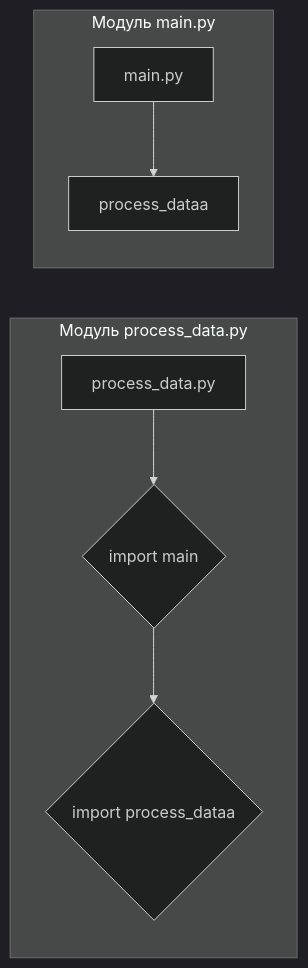
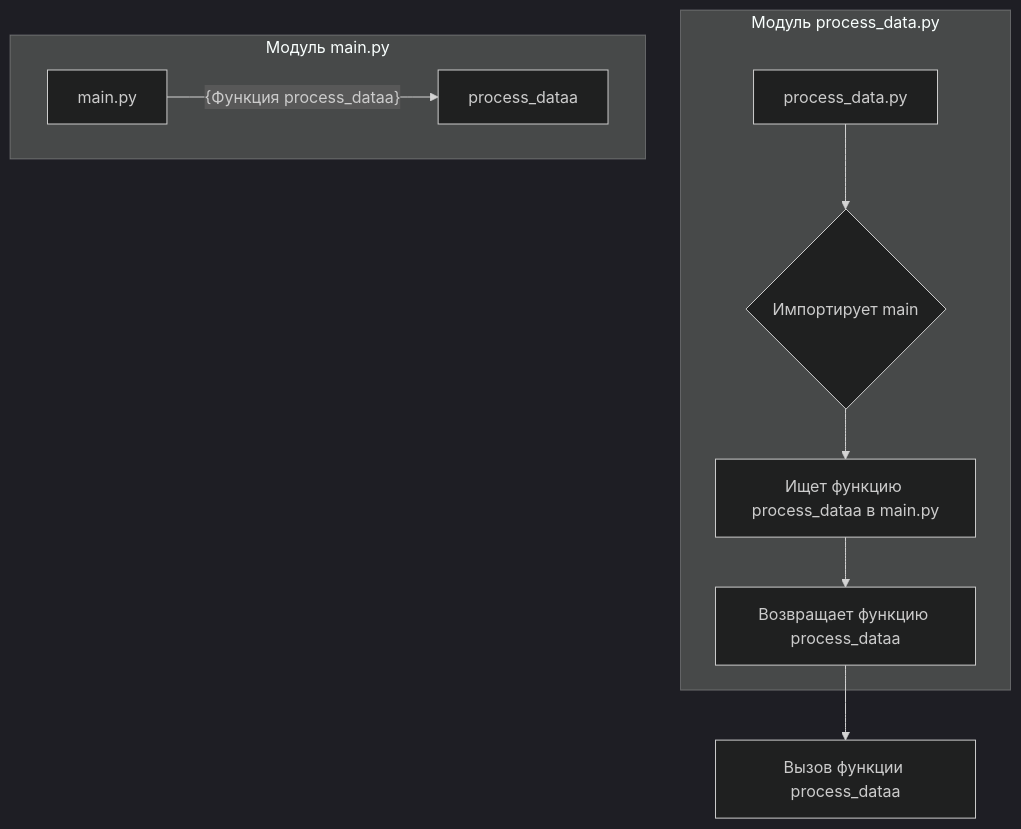
Before and after one commit to hypo69/hypo: the second of 2 diagrams in docs/gemini/ru/explainer/src/fast_api/html/process_data.md, drawn with Mermaid (dark theme). The commit also changed other lines of this file and 468 other files, not shown here.

````diff
--- a/docs/gemini/ru/explainer/src/fast_api/html/process_data.md
+++ b/docs/gemini/ru/explainer/src/fast_api/html/process_data.md
@@ -69,10 +63,14 @@
 ```mermaid
-graph LR
-    subgraph "Модуль process_data.py"
-        A[process_data.py] --> B{import main};
-        B --> C{import process_dataa};
+graph TD
+    subgraph Модуль process_data.py
+        A[process_data.py] --> B{Импортирует main};
+        B --> C[Ищет функцию process_dataa в main.py];
+        C --> D[Возвращает функцию process_dataa];
     end
-    subgraph "Модуль main.py"
-        D[main.py] --> E[process_dataa];
+    
+    subgraph Модуль main.py
+        E[main.py] --{Функция process_dataa}--> F[process_dataa];
     end
+    
+    D --> G[Вызов функции process_dataa];
 ```
````
